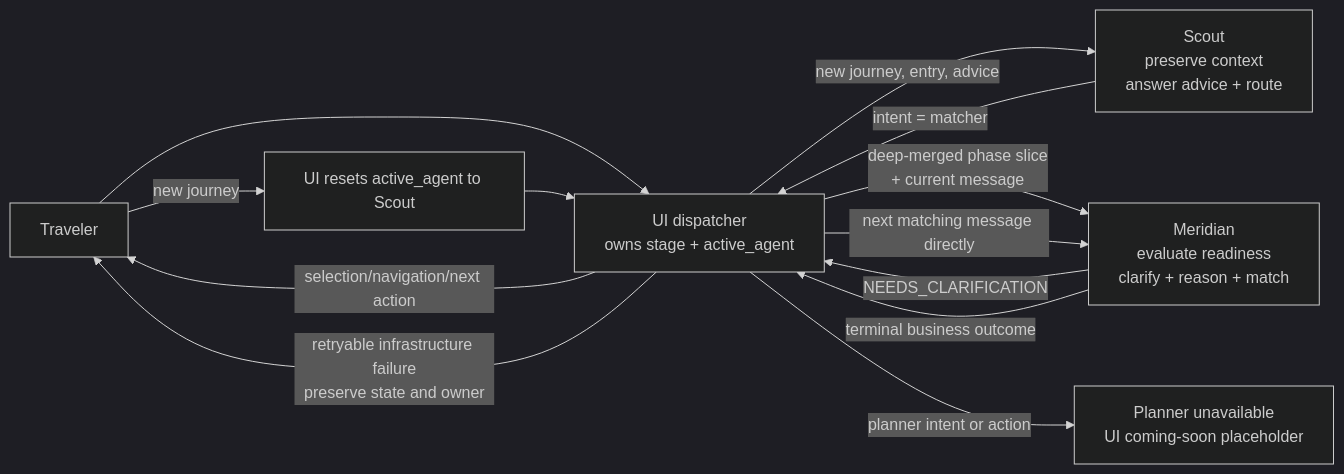
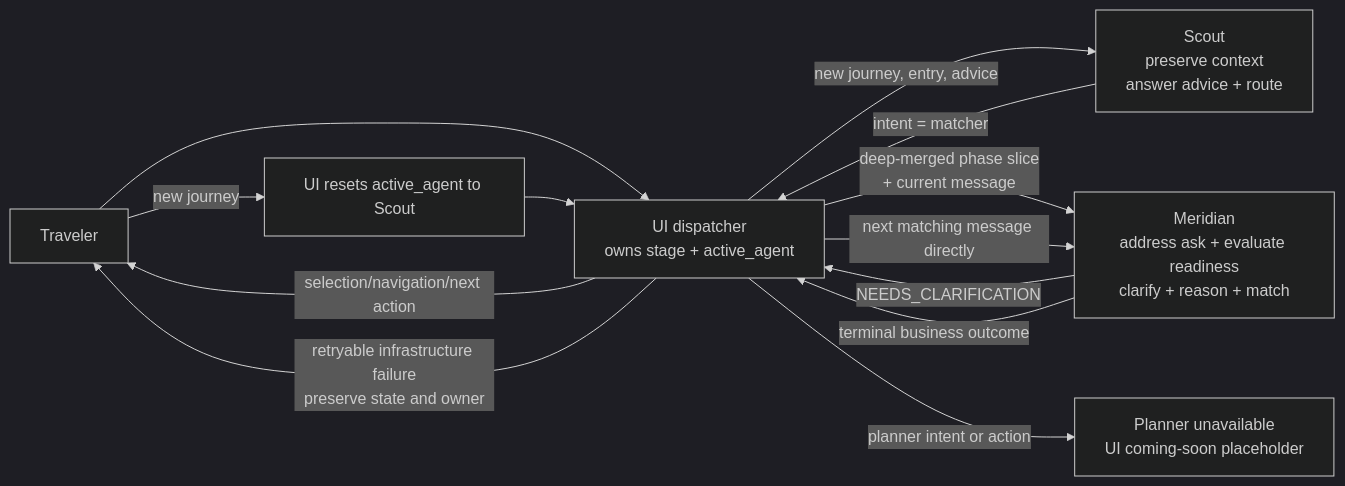
The diagram in ARCHITECTURE.md (agarwalnaina1496/TWM_Docs), drawn with Mermaid (dark theme) before and after one commit. The commit also changed other lines of this file and 6 other files, not shown here.

````diff
--- a/ARCHITECTURE.md
+++ b/ARCHITECTURE.md
@@ -24,14 +24,14 @@
 ```mermaid
 flowchart LR
     Traveler["Traveler"] --> UI["UI dispatcher<br/>owns stage + active_agent"]
     UI -->|new journey, entry, advice| Scout["Scout<br/>preserve context<br/>answer advice + route"]
     Scout -->|intent = matcher| UI
-    UI -->|deep-merged phase slice<br/>+ current message| Meridian["Meridian<br/>evaluate readiness<br/>clarify + reason + match"]
+    UI -->|deep-merged phase slice<br/>+ current message| Meridian["Meridian<br/>address ask + evaluate readiness<br/>clarify + reason + match"]
     Meridian -->|NEEDS_CLARIFICATION| UI
     UI -->|next matching message directly| Meridian
     Meridian -->|terminal business outcome| UI
     UI -->|selection/navigation/next action| Traveler
     UI -->|planner intent or action| Placeholder["Planner unavailable<br/>UI coming-soon placeholder"]
     UI -->|retryable infrastructure failure<br/>preserve state and owner| Traveler
     Traveler -->|new journey| Reset["UI resets active_agent to Scout"] --> UI
 ```
````
